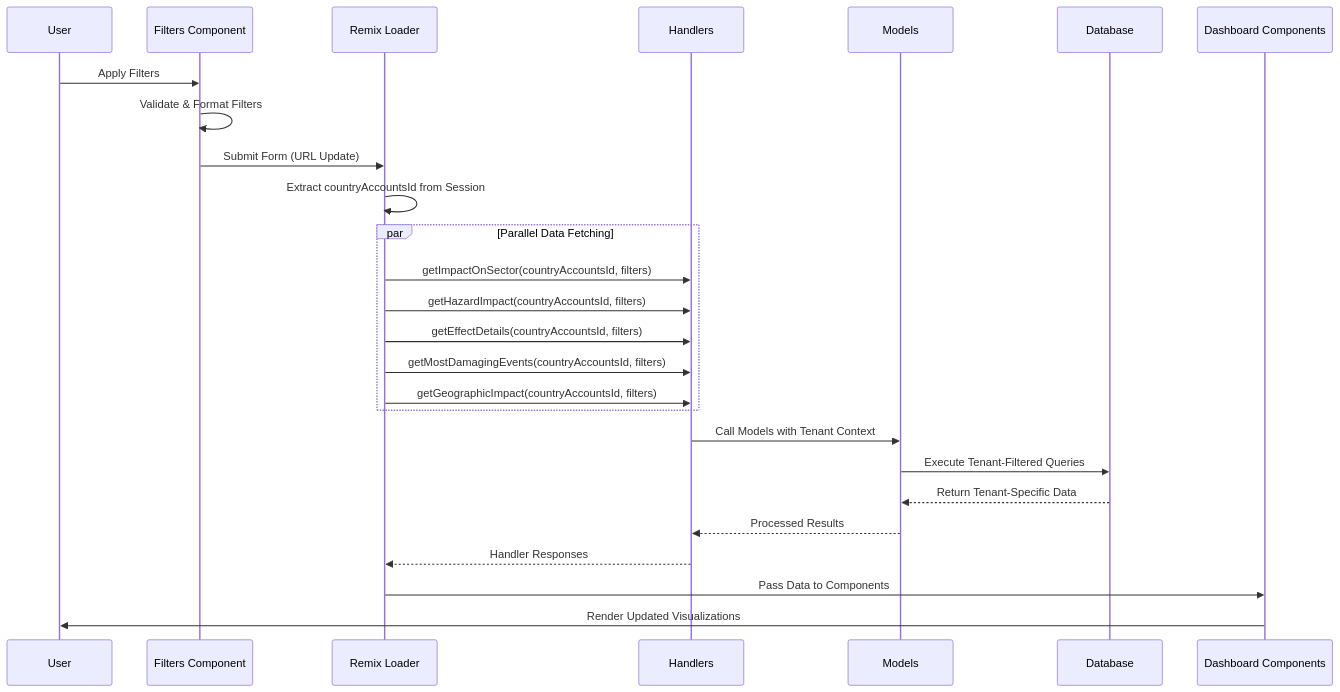
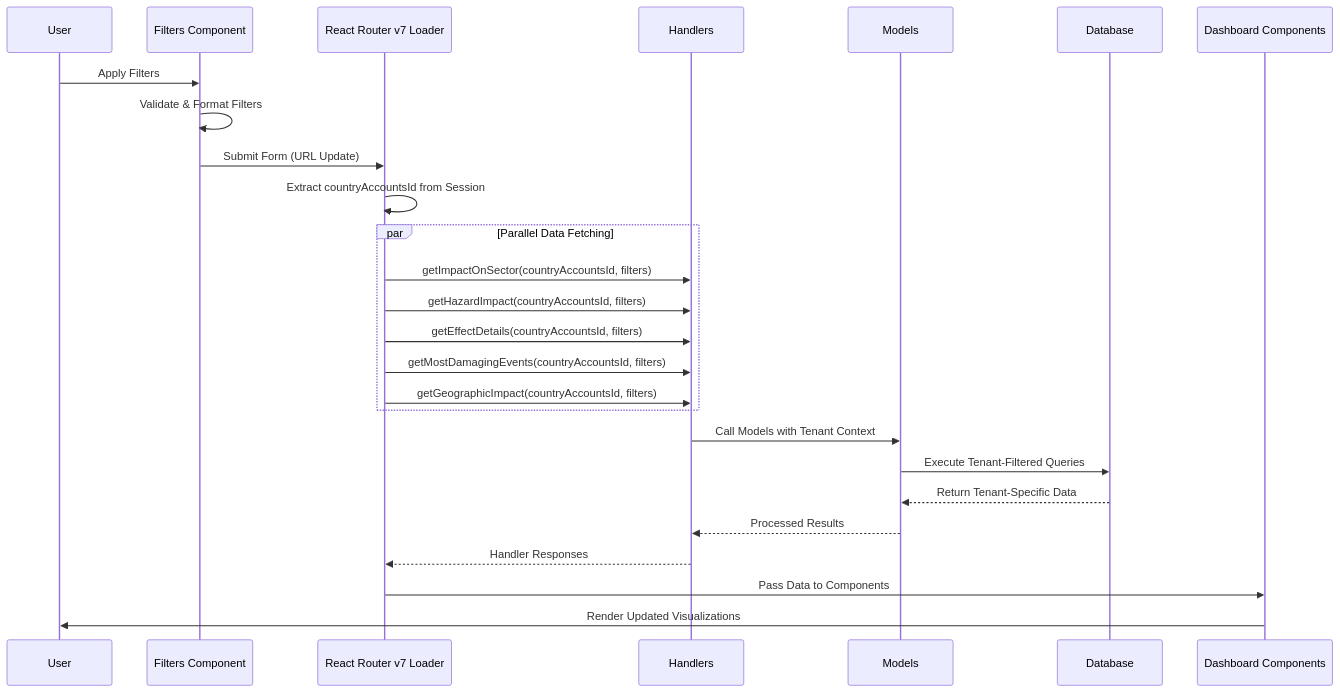
The fourth of 4 diagrams in _docs/dashboards/sectors/developer-guide.md (unisdr/DELTA), drawn with Mermaid before and after one commit. The commit also changed other lines of this file and 37 other files, not shown here.

````diff
--- a/_docs/dashboards/sectors/developer-guide.md
+++ b/_docs/dashboards/sectors/developer-guide.md
@@ -438,32 +438,32 @@
 ```mermaid
 sequenceDiagram
     participant U as User
     participant F as Filters Component
-    participant L as Remix Loader
+    participant L as React Router v7 Loader
     participant H as Handlers
     participant M as Models
     participant DB as Database
     participant C as Dashboard Components
 
     U->>F: Apply Filters
     F->>F: Validate & Format Filters
     F->>L: Submit Form (URL Update)
     L->>L: Extract countryAccountsId from Session
 
     par Parallel Data Fetching
         L->>H: getImpactOnSector(countryAccountsId, filters)
         L->>H: getHazardImpact(countryAccountsId, filters)
         L->>H: getEffectDetails(countryAccountsId, filters)
         L->>H: getMostDamagingEvents(countryAccountsId, filters)
         L->>H: getGeographicImpact(countryAccountsId, filters)
     end
 
     H->>M: Call Models with Tenant Context
     M->>DB: Execute Tenant-Filtered Queries
     DB-->>M: Return Tenant-Specific Data
     M-->>H: Processed Results
     H-->>L: Handler Responses
 
     L->>C: Pass Data to Components
     C->>U: Render Updated Visualizations
 ```
````
